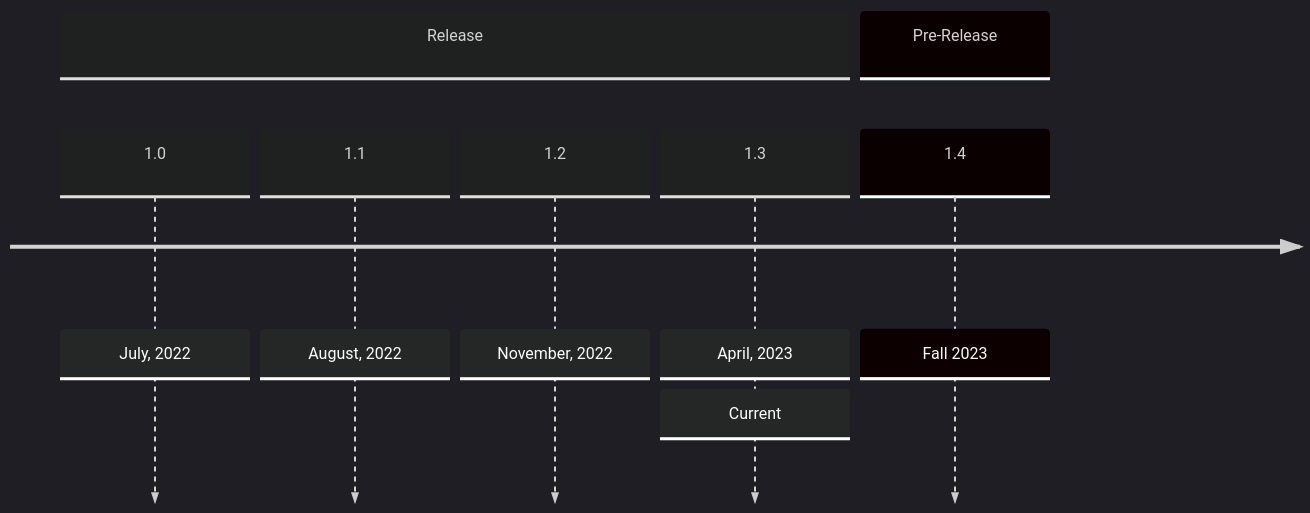
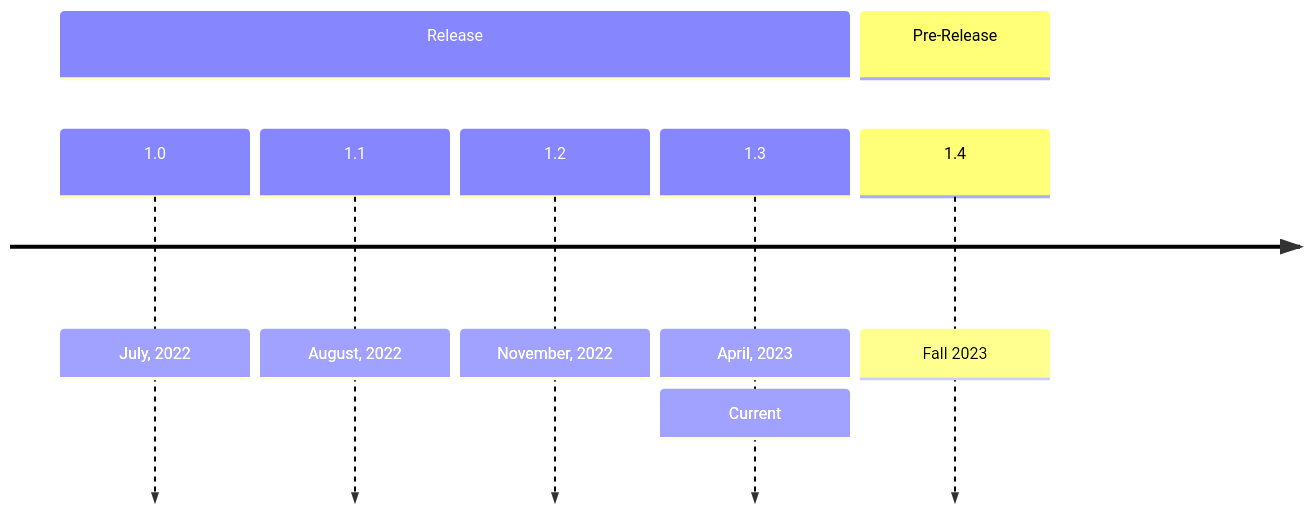
Before and after one commit to mcanouil/gentle-intro-to-quarto: the first of 2 diagrams in gentle-intro-to-quarto.qmd, drawn with Mermaid. The commit also changed other lines of this file and 110 other files, not shown here.

````diff
--- a/gentle-intro-to-quarto.qmd
+++ b/gentle-intro-to-quarto.qmd
@@ -85,11 +85,10 @@
 ```{mermaid}
-%%{init: { 'theme': 'dark' } }%%
 timeline
     section Release
       1.0 : July, 2022
       1.1 : August, 2022
       1.2 : November, 2022
       1.3 : April, 2023 : Current
     section Pre-Release
       1.4 : Fall 2023
 ```
````
